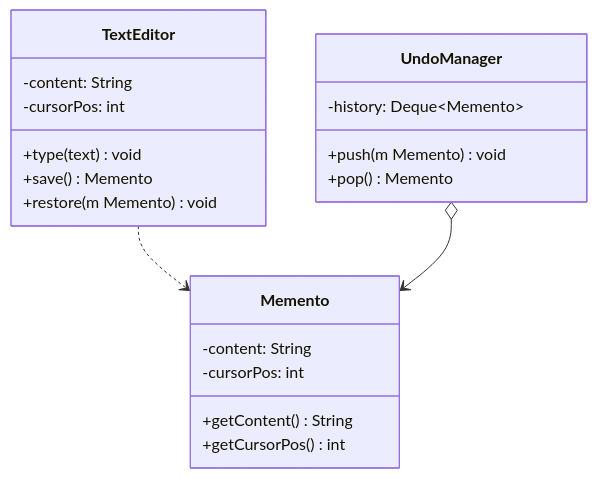
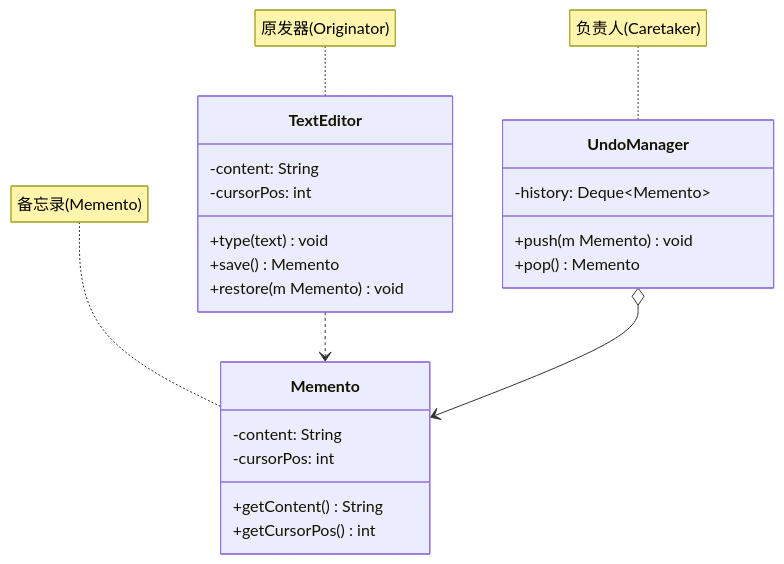
One commit to luguosong/programming-notes changed the diagram in docs/topic/design-patterns/behavioral-patterns/memento/index.md. Above: the diagram before and after it, drawn with Mermaid. The commit also changed 23 other files, not shown here.

First line of the commit message:
fix: 修正设计模式 UML 箭头类型并添加角色标注

````diff
--- a/docs/topic/design-patterns/behavioral-patterns/memento/index.md
+++ b/docs/topic/design-patterns/behavioral-patterns/memento/index.md
@@ -27,23 +27,26 @@
 ```mermaid
 classDiagram
     class TextEditor {
         -content: String
         -cursorPos: int
         +type(text) void
         +save() Memento
         +restore(m Memento) void
     }
     class Memento {
         -content: String
         -cursorPos: int
         +getContent() String
         +getCursorPos() int
     }
     class UndoManager {
         -history: Deque~Memento~
         +push(m Memento) void
         +pop() Memento
     }
     TextEditor ..> Memento
     UndoManager o--> Memento
+    note for TextEditor "原发器(Originator)"
+    note for Memento "备忘录(Memento)"
+    note for UndoManager "负责人(Caretaker)"
 ```
````
